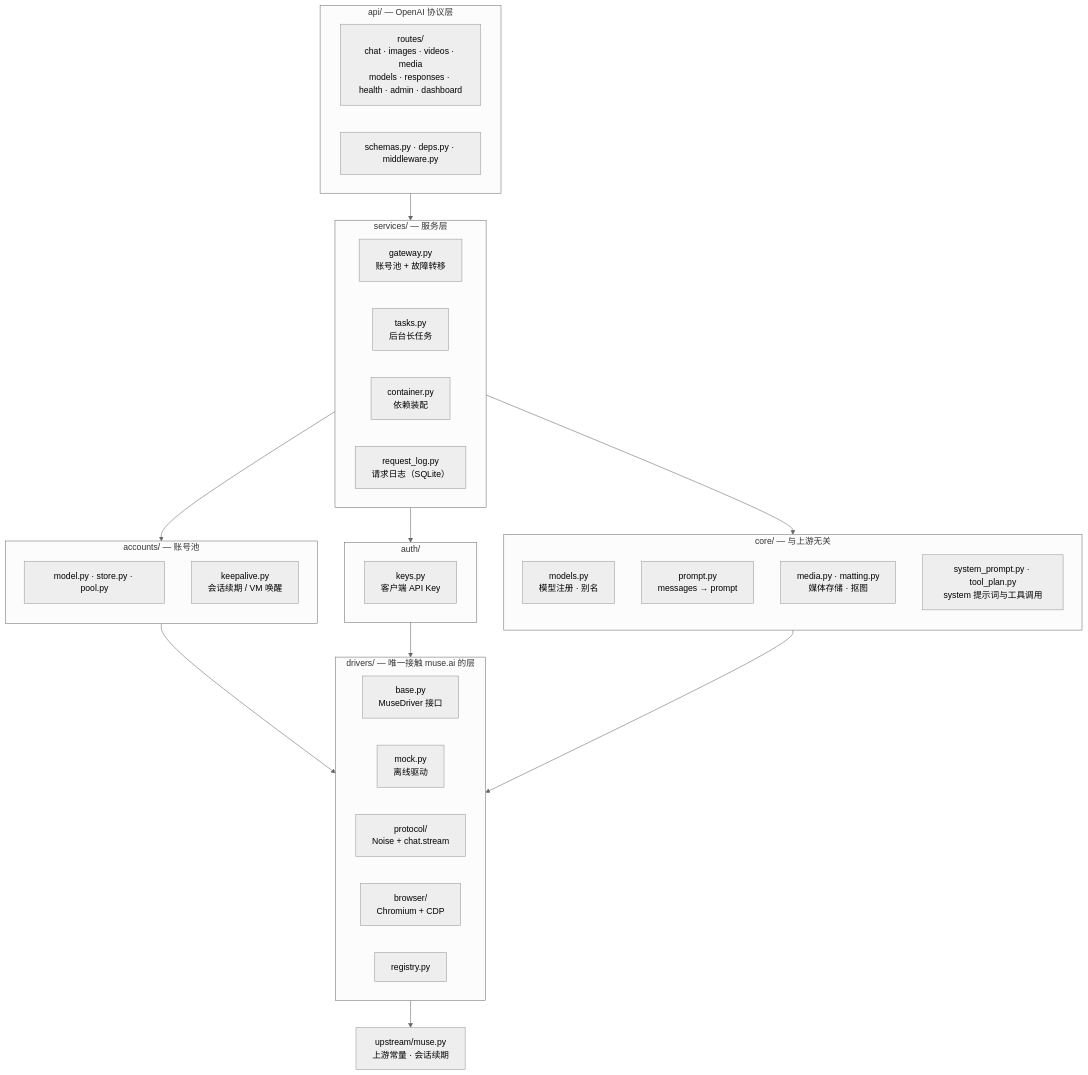
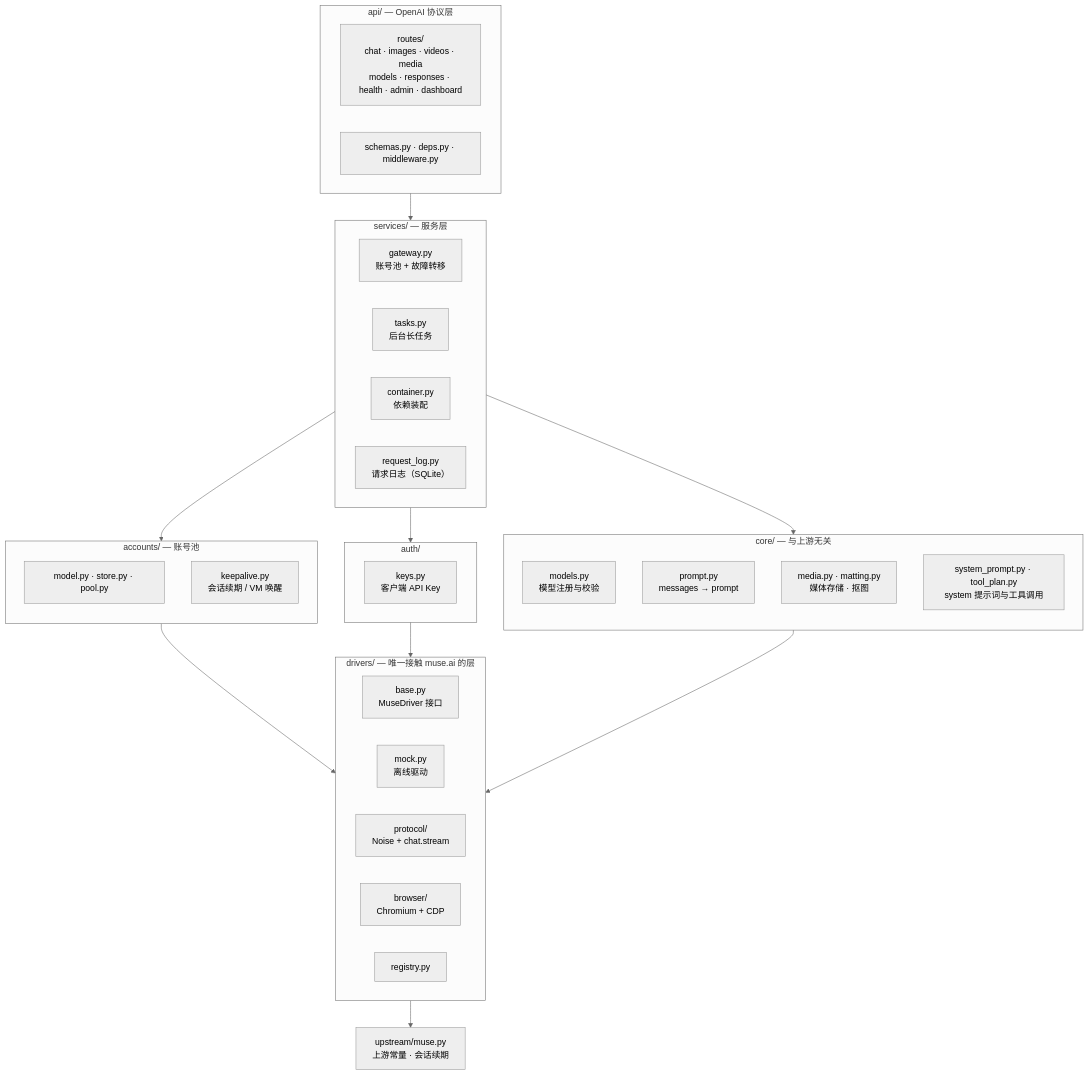
One commit to yonglanws/muse2api changed the diagram in docs/ARCHITECTURE.md. Above: the diagram before and after it, drawn with Mermaid (neutral theme). The commit also changed other lines of this file and 13 other files, not shown here.

````diff
--- a/docs/ARCHITECTURE.md
+++ b/docs/ARCHITECTURE.md
@@ -5,50 +5,50 @@
 ```mermaid
 flowchart TB
     subgraph api["api/ — OpenAI 协议层"]
         direction LR
         api_routes["routes/<br/>chat · images · videos · media<br/>models · responses · health · admin · dashboard"]
         api_support["schemas.py · deps.py · middleware.py"]
     end
 
     subgraph services["services/ — 服务层"]
         direction LR
         svc_gateway["gateway.py<br/>账号池 + 故障转移"]
         svc_tasks["tasks.py<br/>后台长任务"]
         svc_container["container.py<br/>依赖装配"]
         svc_reqlog["request_log.py<br/>请求日志（SQLite）"]
     end
 
     subgraph accounts["accounts/ — 账号池"]
         direction TB
         acc_pool["model.py · store.py · pool.py"]
         acc_keepalive["keepalive.py<br/>会话续期 / VM 唤醒"]
     end
 
     subgraph auth["auth/"]
         auth_keys["keys.py<br/>客户端 API Key"]
     end
 
     subgraph core["core/ — 与上游无关"]
         direction TB
-        core_models["models.py<br/>模型注册 · 别名"]
+        core_models["models.py<br/>模型注册与校验"]
         core_prompt["prompt.py<br/>messages → prompt"]
         core_media["media.py · matting.py<br/>媒体存储 · 抠图"]
         core_compat["system_prompt.py · tool_plan.py<br/>system 提示词与工具调用"]
     end
 
     subgraph drivers["drivers/ — 唯一接触 muse.ai 的层"]
         direction LR
         drv_base["base.py<br/>MuseDriver 接口"]
         drv_mock["mock.py<br/>离线驱动"]
         drv_protocol["protocol/<br/>Noise + chat.stream"]
         drv_browser["browser/<br/>Chromium + CDP"]
         drv_registry["registry.py"]
     end
 
     upstream["upstream/muse.py<br/>上游常量 · 会话续期"]
 
     api --> services
     services --> accounts & auth & core
     accounts & auth & core --> drivers
     drivers --> upstream
 ```
````
